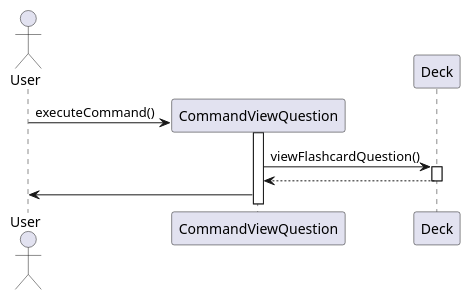
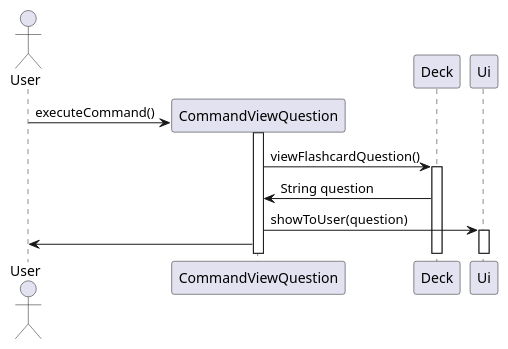
One commit to felfelyuen/tp changed the diagram in docs/diagrams/ViewQuestionSequenceDiagram.puml. Above: the diagram before and after it, drawn with PlantUML. The commit also changed 9 other files, not shown here.

```diff
--- a/docs/diagrams/ViewQuestionSequenceDiagram.puml
+++ b/docs/diagrams/ViewQuestionSequenceDiagram.puml
@@ -1,11 +1,13 @@
 @startuml
 actor User
 User -> CommandViewQuestion **: executeCommand()
 CommandViewQuestion++
 CommandViewQuestion -> Deck++: viewFlashcardQuestion()
-return
+Deck -> CommandViewQuestion: String question
+CommandViewQuestion -> Ui++: showToUser(question)
+
 
 CommandViewQuestion -> User
 
 
 @enduml
```
